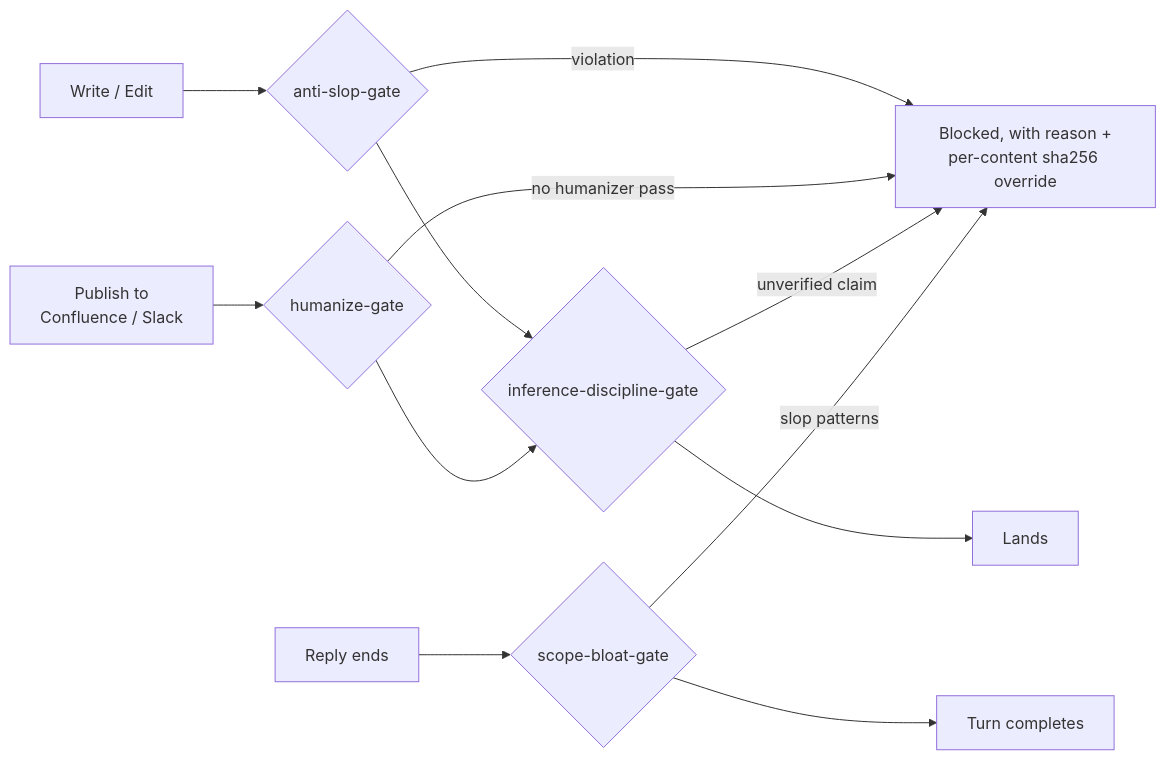
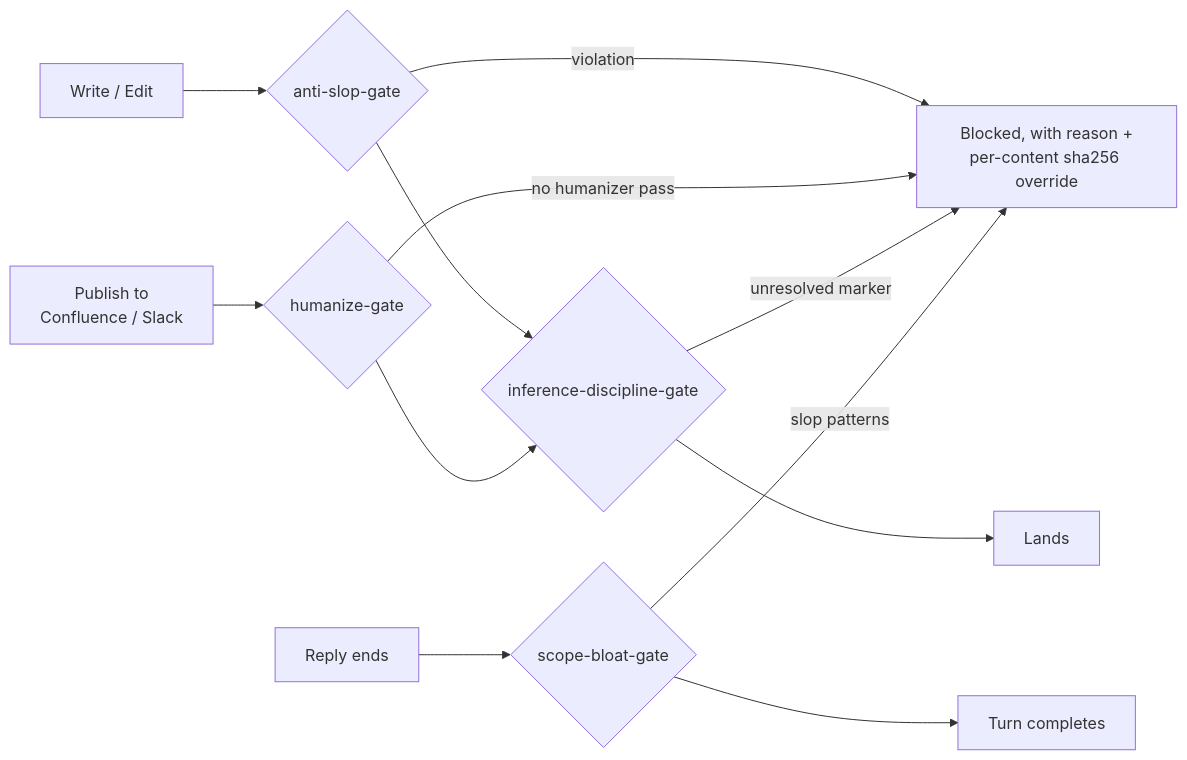
The second of 2 diagrams in README.md (lukesw55/ai-pm-toolkit), drawn with Mermaid before and after one commit. The commit also changed other lines of this file and 101 other files, not shown here.

````diff
--- a/README.md
+++ b/README.md
@@ -117,14 +117,14 @@
 ```mermaid
 flowchart LR
     W["Write / Edit"] --> AS{"anti-slop-gate"}
     AS -->|violation| B["Blocked, with reason +<br/>per-content sha256 override"]
     AS --> ID{"inference-discipline-gate"}
     P["Publish to<br/>Confluence / Slack"] --> HG{"humanize-gate"}
     HG -->|no humanizer pass| B
     HG --> ID
-    ID -->|unverified claim| B
+    ID -->|unresolved marker| B
     ID --> OK["Lands"]
     R["Reply ends"] --> SB{"scope-bloat-gate"}
     SB -->|slop patterns| B
     SB --> OK2["Turn completes"]
 ```
````
